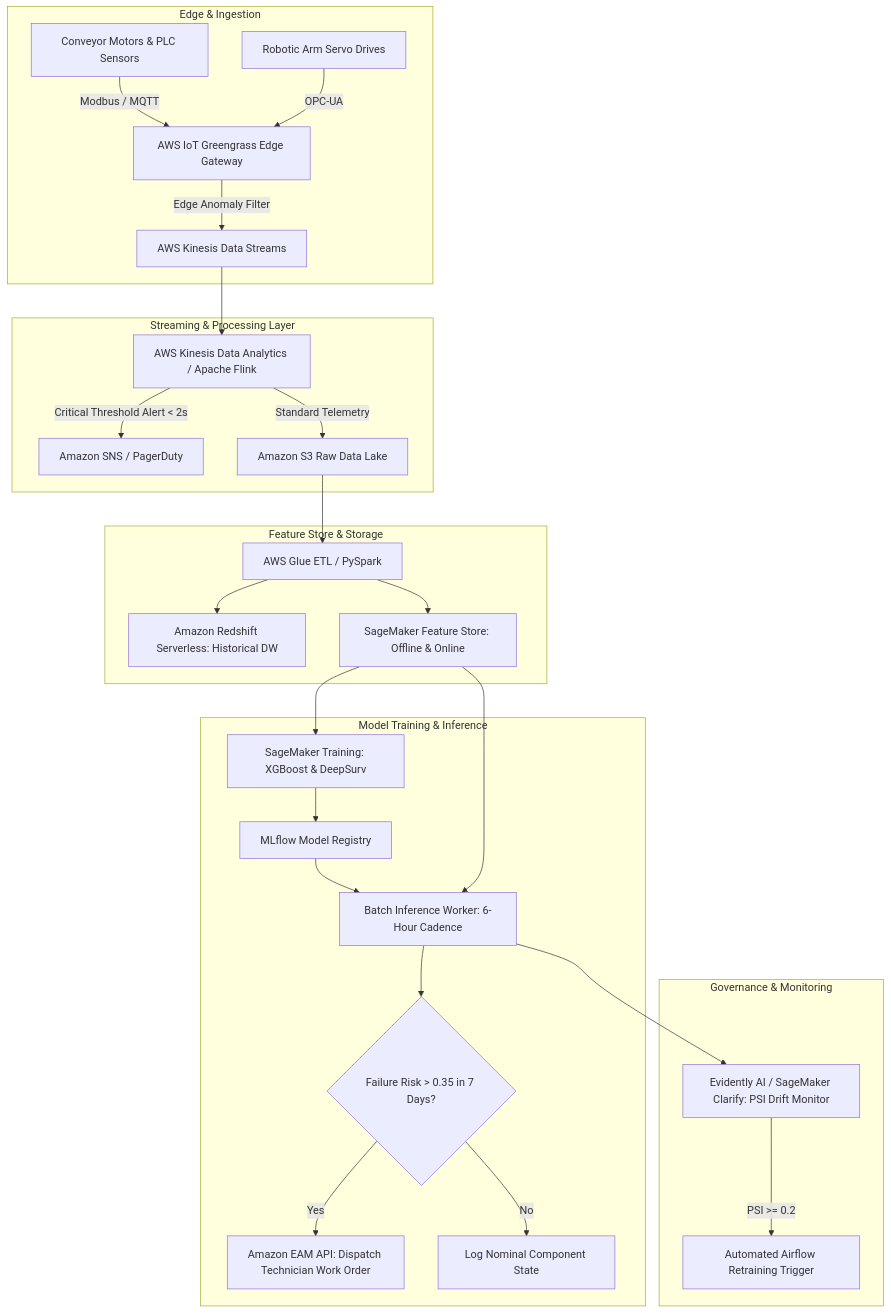
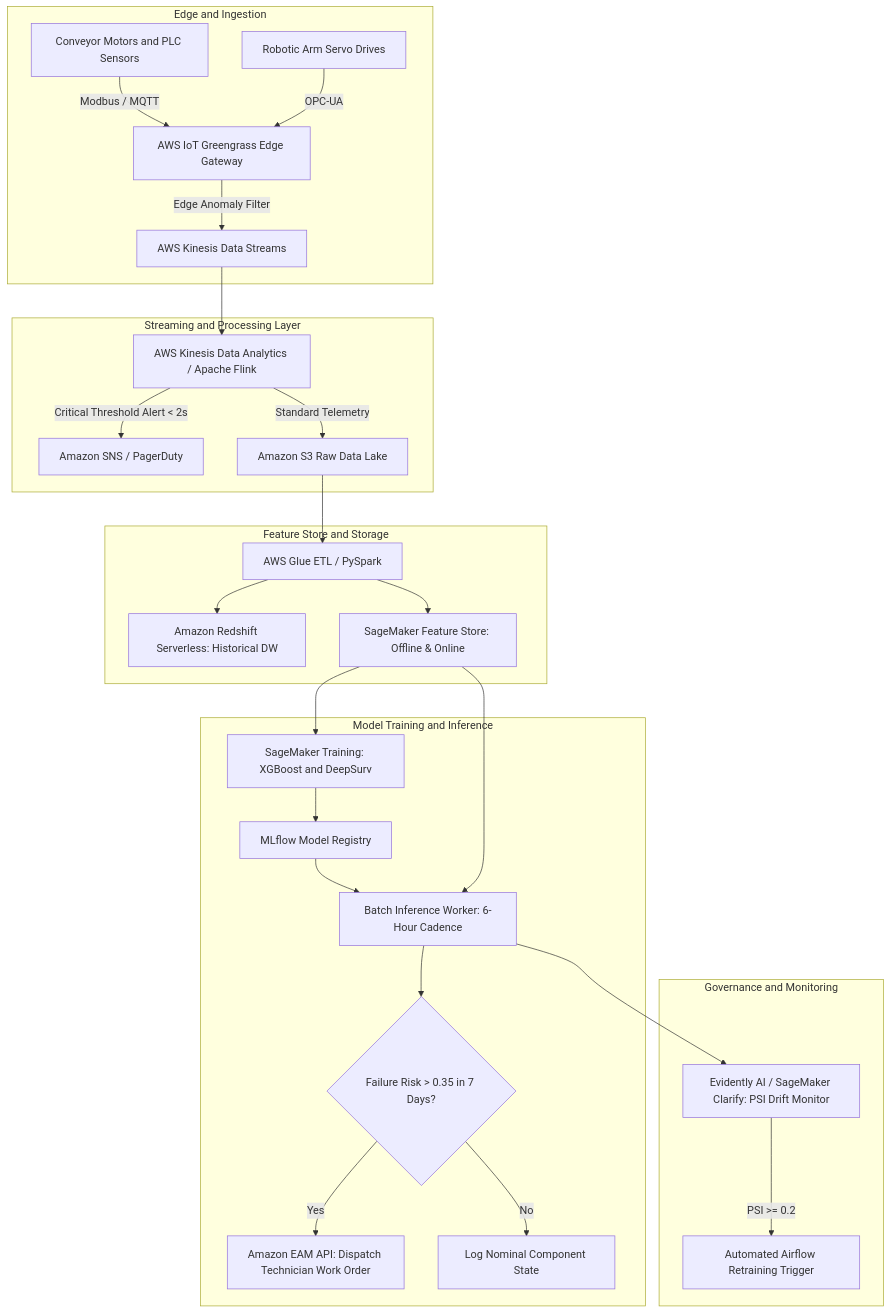
One commit to Prateek-N/preprationstuff changed the first of 2 diagrams in haritha_part3.md. Above: the diagram before and after it, drawn with Mermaid. The commit also changed other lines of this file and 5 other files, not shown here.

Commit message:
Fix Mermaid diagram syntax in System 2 flow and quote all node labels for Mermaid 11.x

````diff
--- a/haritha_part3.md
+++ b/haritha_part3.md
@@ -220,35 +220,35 @@
 ```mermaid
 flowchart TD
-    subgraph Edge & Ingestion
-        A1[Conveyor Motors & PLC Sensors] -->|Modbus / MQTT| B1[AWS IoT Greengrass Edge Gateway]
-        A2[Robotic Arm Servo Drives] -->|OPC-UA| B1
-        B1 -->|Edge Anomaly Filter| C1[AWS Kinesis Data Streams]
+    subgraph "Edge and Ingestion"
+        A1["Conveyor Motors and PLC Sensors"] -->|"Modbus / MQTT"| B1["AWS IoT Greengrass Edge Gateway"]
+        A2["Robotic Arm Servo Drives"] -->|"OPC-UA"| B1
+        B1 -->|"Edge Anomaly Filter"| C1["AWS Kinesis Data Streams"]
     end
 
-    subgraph Streaming & Processing Layer
-        C1 --> D1[AWS Kinesis Data Analytics / Apache Flink]
-        D1 -->|Critical Threshold Alert < 2s| E1[Amazon SNS / PagerDuty]
-        D1 -->|Standard Telemetry| F1[Amazon S3 Raw Data Lake]
+    subgraph "Streaming and Processing Layer"
+        C1 --> D1["AWS Kinesis Data Analytics / Apache Flink"]
+        D1 -->|"Critical Threshold Alert < 2s"| E1["Amazon SNS / PagerDuty"]
+        D1 -->|"Standard Telemetry"| F1["Amazon S3 Raw Data Lake"]
     end
 
-    subgraph Feature Store & Storage
-        F1 --> G1[AWS Glue ETL / PySpark]
-        G1 --> H1[Amazon Redshift Serverless: Historical DW]
-        G1 --> H2[SageMaker Feature Store: Offline & Online]
+    subgraph "Feature Store and Storage"
+        F1 --> G1["AWS Glue ETL / PySpark"]
+        G1 --> H1["Amazon Redshift Serverless: Historical DW"]
+        G1 --> H2["SageMaker Feature Store: Offline & Online"]
     end
 
-    subgraph Model Training & Inference
-        H2 --> I1[SageMaker Training: XGBoost & DeepSurv]
-        I1 --> I2[MLflow Model Registry]
-        I2 --> J1[Batch Inference Worker: 6-Hour Cadence]
+    subgraph "Model Training and Inference"
+        H2 --> I1["SageMaker Training: XGBoost and DeepSurv"]
+        I1 --> I2["MLflow Model Registry"]
+        I2 --> J1["Batch Inference Worker: 6-Hour Cadence"]
         H2 --> J1
-        J1 --> K1{Failure Risk > 0.35 in 7 Days?}
-        K1 -- Yes --> L1[Amazon EAM API: Dispatch Technician Work Order]
-        K1 -- No --> L2[Log Nominal Component State]
+        J1 --> K1{"Failure Risk > 0.35 in 7 Days?"}
+        K1 -->|"Yes"| L1["Amazon EAM API: Dispatch Technician Work Order"]
+        K1 -->|"No"| L2["Log Nominal Component State"]
     end
 
-    subgraph Governance & Monitoring
-        J1 --> M1[Evidently AI / SageMaker Clarify: PSI Drift Monitor]
-        M1 -->|PSI >= 0.2| N1[Automated Airflow Retraining Trigger]
+    subgraph "Governance and Monitoring"
+        J1 --> M1["Evidently AI / SageMaker Clarify: PSI Drift Monitor"]
+        M1 -->|"PSI >= 0.2"| N1["Automated Airflow Retraining Trigger"]
     end
 ```
````
